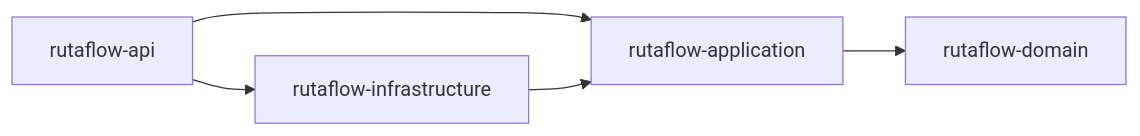
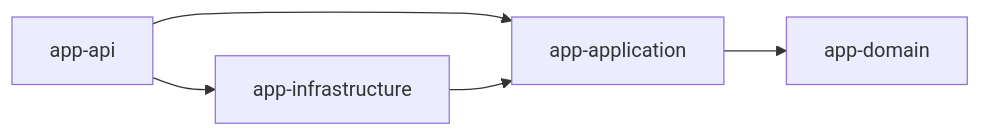
The diagram in web/public/content/java/modulo-8.md (NICORUIZ93/Academia_Floci), drawn with Mermaid before and after one commit. The commit also changed other lines of this file and 15 other files, not shown here.

````diff
--- a/web/public/content/java/modulo-8.md
+++ b/web/public/content/java/modulo-8.md
@@ -260,7 +248,7 @@
 ```mermaid
 flowchart LR
-    API["rutaflow-api"] --> APP["rutaflow-application"]
-    APP --> CORE["rutaflow-domain"]
-    INFRA["rutaflow-infrastructure"] --> APP
+    API["app-api"] --> APP["app-application"]
+    APP --> CORE["app-domain"]
+    INFRA["app-infrastructure"] --> APP
     API --> INFRA
 ```
````
